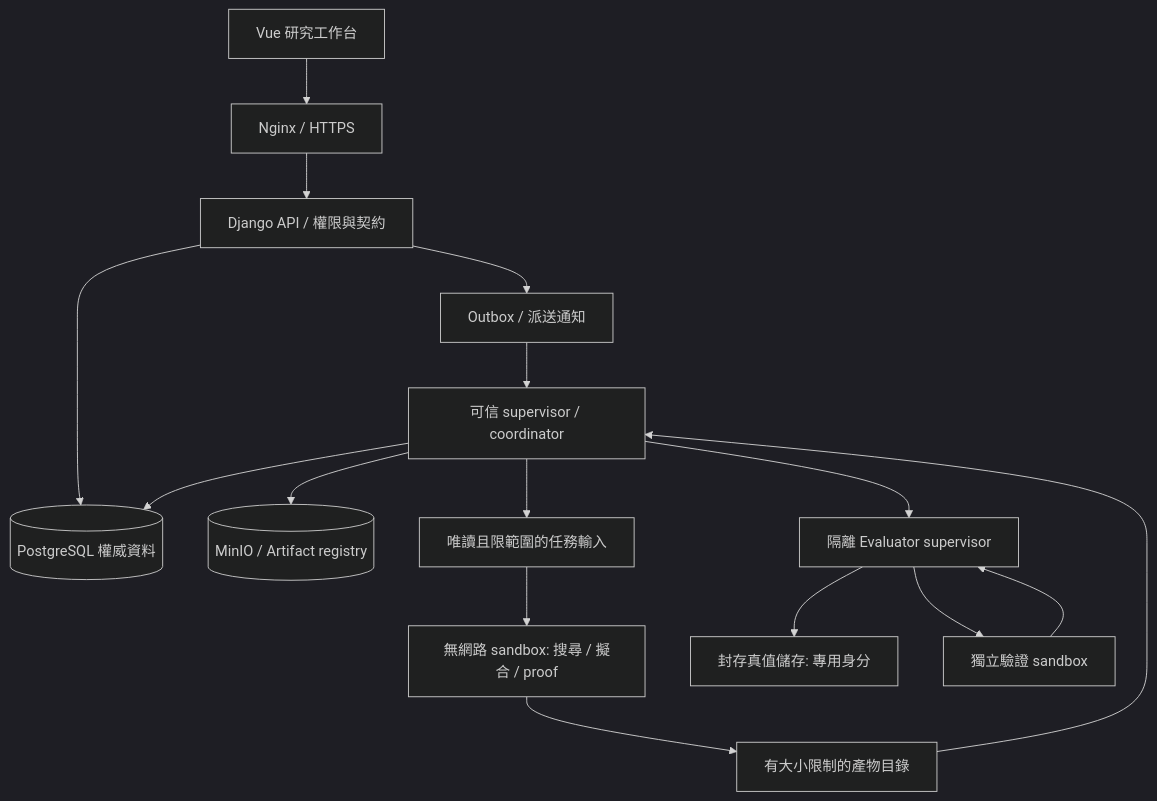
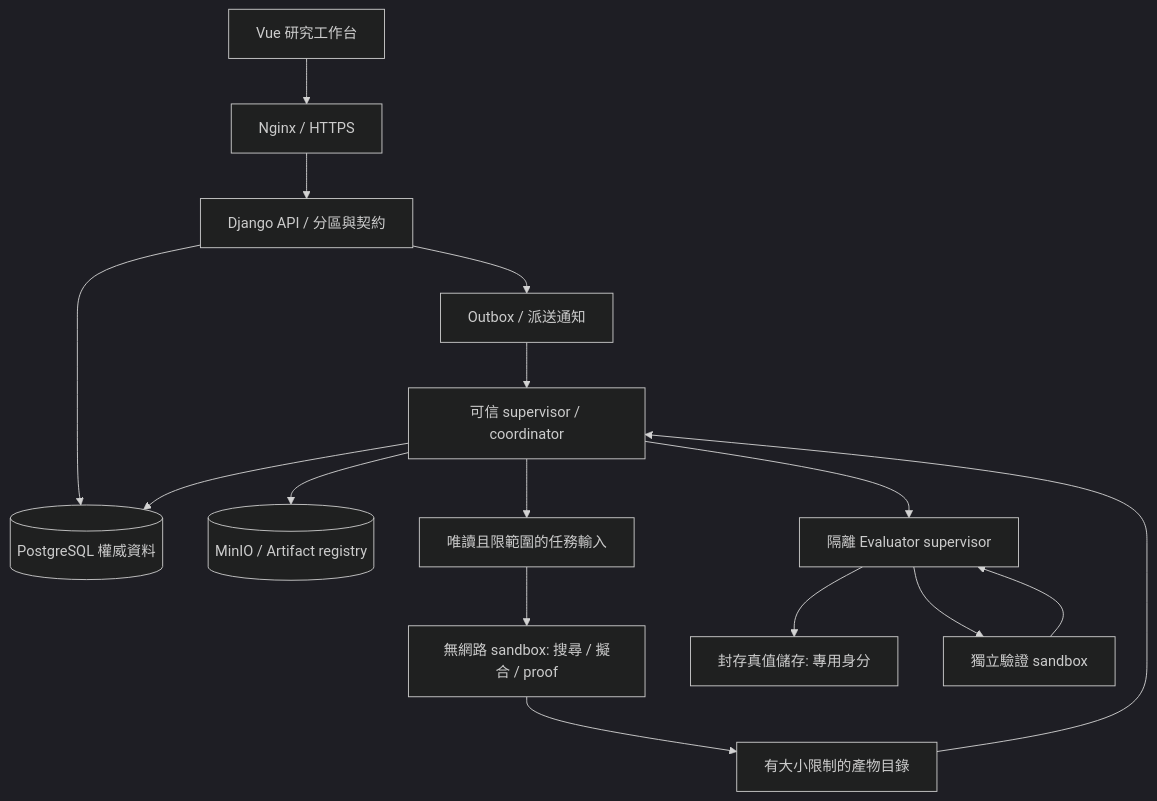
Before and after one commit to lovenovel0618/AXIOM: the diagram in docs/企劃案/03-架構/06-總體技術架構.md, drawn with Mermaid (dark theme). The commit also changed other lines of this file and 137 other files, not shown here.

````diff
--- a/docs/企劃案/03-架構/06-總體技術架構.md
+++ b/docs/企劃案/03-架構/06-總體技術架構.md
@@ -13,18 +13,18 @@
 ```mermaid
 flowchart TD
  U[Vue 研究工作台] --> N[Nginx / HTTPS]
- N --> API[Django API / 權限與契約]
+ N --> API[Django API / 分區與契約]
  API --> DB[(PostgreSQL 權威資料)]
  API --> Q[Outbox / 派送通知]
  Q --> SUP[可信 supervisor / coordinator]
  SUP --> DB
  SUP --> OBJ[(MinIO / Artifact registry)]
  SUP --> IN[唯讀且限範圍的任務輸入]
  IN --> SB[無網路 sandbox: 搜尋 / 擬合 / proof]
  SB --> OUT[有大小限制的產物目錄]
  OUT --> SUP
  SUP --> EV[隔離 Evaluator supervisor]
  EV --> ET[封存真值儲存: 專用身分]
  EV --> ESB[獨立驗證 sandbox]
  ESB --> EV
 ```
````
